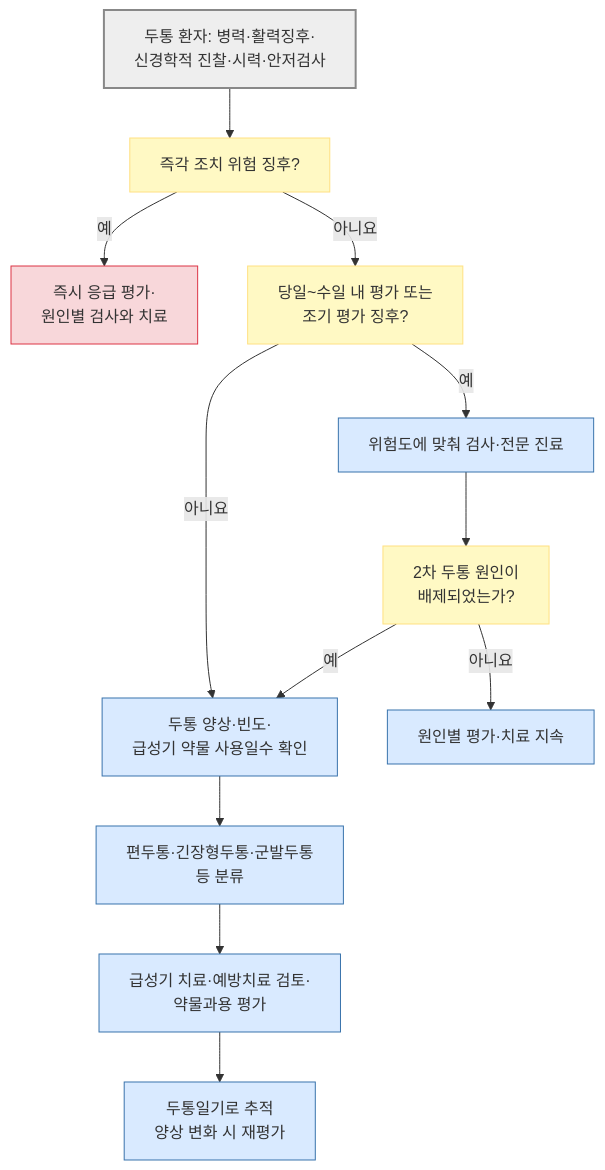
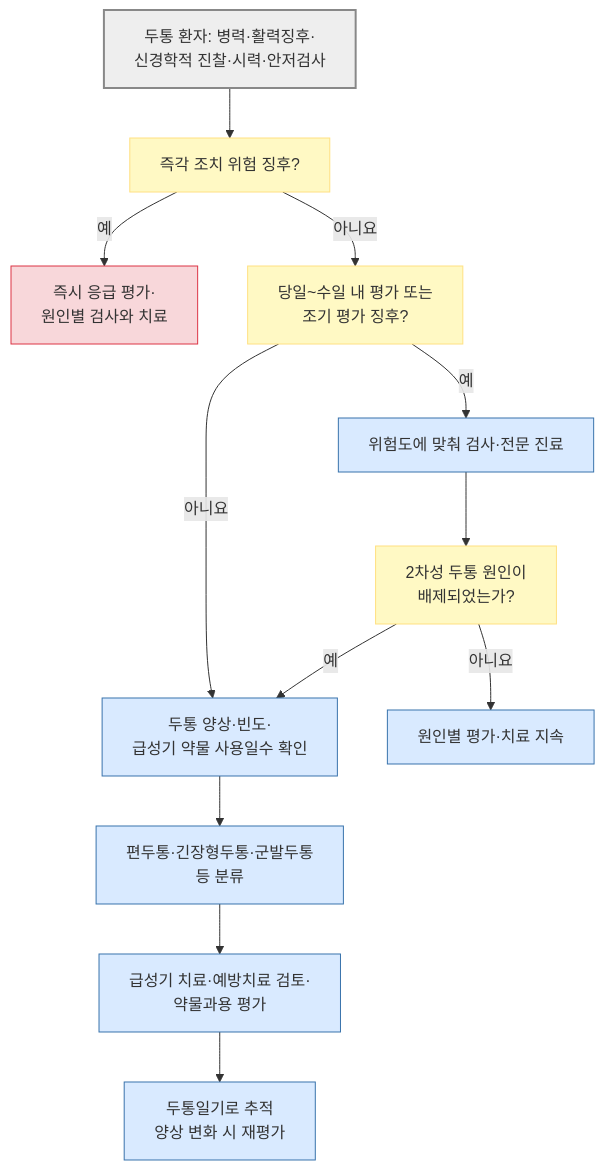
The diagram in 221_/015_-headache.md (familyoh77/familyoh77), drawn with Mermaid before and after one commit. The commit also changed other lines of this file and 4 other files, not shown here.

````diff
--- a/221_/015_-headache.md
+++ b/221_/015_-headache.md
@@ -217,22 +219,22 @@
 ```mermaid
 flowchart TD
     A["두통 환자: 병력·활력징후·<br/>신경학적 진찰·시력·안저검사"] --> B["즉각 조치 위험 징후?"]
     B -- "예" --> C["즉시 응급 평가·<br/>원인별 검사와 치료"]
     B -- "아니요" --> D["당일~수일 내 평가 또는 <br/>조기 평가 징후?"]
     D -- "예" --> E["위험도에 맞춰 검사·전문 진료"]
     D -- "아니요" --> F["두통 양상·빈도·<br/>급성기 약물 사용일수 확인"]
-    E --> G["2차 두통 원인이 <br/>배제되었는가?"]
+    E --> G["2차성 두통 원인이 <br/>배제되었는가?"]
     G -- "아니요" --> H["원인별 평가·치료 지속"]
     G -- "예" --> F
     F --> I["편두통·긴장형두통·군발두통 <br/>등 분류"]
     I --> J["급성기 치료·예방치료 검토·<br/>약물과용 평가"]
     J --> K["두통일기로 추적<br/>양상 변화 시 재평가"]
     classDef start fill:#eeeeee,stroke:#888888,stroke-width:2px;
     classDef decision fill:#fff9c4,stroke:#ffe082;
     classDef emergency fill:#f8d7da,stroke:#dc3545;
     classDef care fill:#d9eaff,stroke:#3973ac;
     class A start;
     class B,D,G decision;
     class C emergency;
     class E,F,H,I,J,K care;
 ```
````
